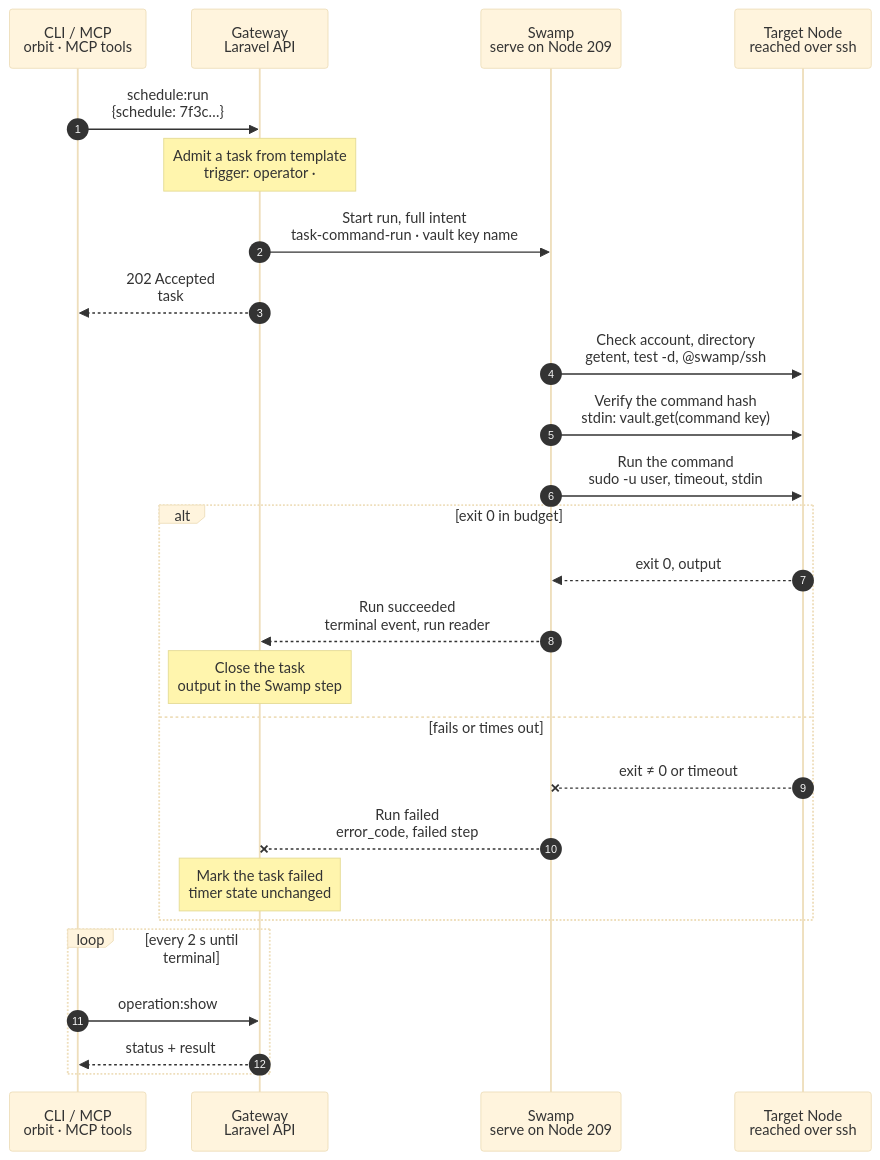
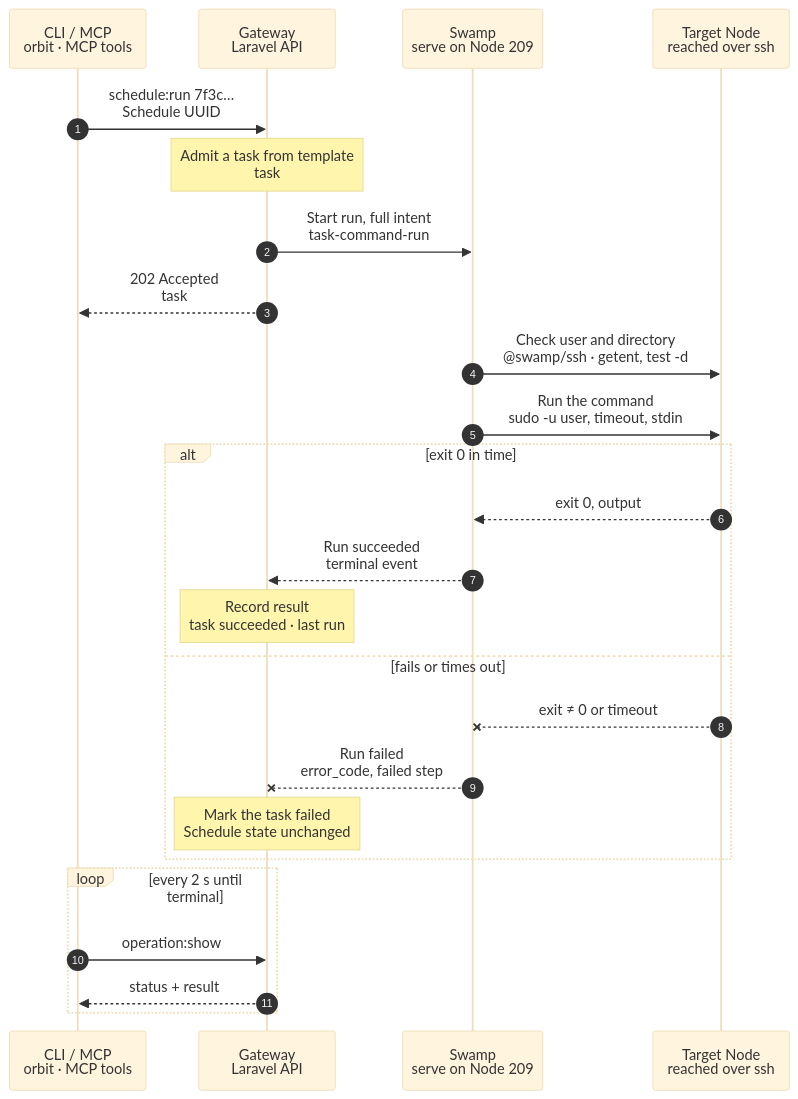
One commit to hardimpactdev/orbit changed the diagram in docs/flows/schedule.run.mmd. Above: the diagram before and after it, drawn with Mermaid (base theme). The commit also changed 3 other files, not shown here.

First line of the commit message:
docs(flows): Schedule charts in the agreed format (#2434)

```diff
--- a/docs/flows/schedule.run.mmd
+++ b/docs/flows/schedule.run.mmd
@@ -1,32 +1,92 @@
 sequenceDiagram
-  %% Target design from ADR 0244: native Swamp schedules, nothing installed on the Node; DECISIONS R1-R3.
+  %% Target design: ADR 0244 one task system, native Swamp schedules; DECISIONS Schedules (Nick 2026-11-02), R2-R4.
   %% status: draft
+  %% command: schedule:run
   autonumber
   %% lane CLI icon=terminal pill=caller tone=gray
   %% lane GW icon=gateway pill=intent tone=blue
   %% lane SW icon=workflow pill=executes tone=green
   %% lane N icon=server pill=target tone=amber
   participant CLI as CLI / MCP<br/>orbit · MCP tools
   participant GW as Gateway<br/>Laravel API
   participant SW as Swamp<br/>serve on Node 209
   participant N as Target Node<br/>reached over ssh
-  CLI->>GW: schedule:run<br/>{schedule: 7f3c…}
-  Note over GW: Admit a task from template<br/>trigger: operator · #5130
-  GW->>SW: Start run, full intent<br/>task-command-run · vault key name
-  GW-->>CLI: 202 Accepted<br/>task #5130
-  SW->>N: Check account, directory<br/>getent, test -d, @swamp/ssh
-  SW->>N: Verify the command hash<br/>stdin: vault.get(command key)
+  CLI->>GW: schedule:run 7f3c…<br/>Schedule UUID
+  %%> Command:
+  %%> - `orbit schedule:run 7f3c9a2e-41d0-4b8a-9c11-2f6e0d5b7a10`
+  %%> - syntax: `<uuid> [--idempotency-key=KEY] [--json]`
+  %%> Input:
+  %%> - the UUID of the Schedule, as `schedule:list` shows it
+  %%> Not changed:
+  %%> - the Schedule's timing; the next calendar fire stays as it was
+  %%> - an enabled Schedule stays enabled, and a disabled one stays disabled
+  Note over GW: Admit a task from template<br/>task #5140 · trigger: operator
+  %%> Requirements:
+  %%> - your Node has an access grant to Node 12, which runs Instance 42
+  %%> - Schedule 7f3c… is active, enabled or disabled
+  %%> - Instance 42 is still on Node 12
+  %%> Result:
+  %%> - task #5140 recorded from the Schedule's template, with trigger `operator`
+  %%> - the same intent a calendar fire gets: user, working directory, shell, timeout and command
+  GW->>SW: Start run, full intent<br/>task-command-run
+  %%> What it does:
+  %%> - starts one root run on serve (Node 209), the same workflow a calendar fire starts
+  %%> Inputs:
+  %%> - Node 12's address and SSH host keys; the SSH identity comes from the `swamp` role
+  %%> - the user, the working directory, the shell and the timeout
+  %%> - the command's vault key name, never the command (R3)
+  GW-->>CLI: 202 Accepted<br/>task #5140
+  %%> What you get:
+  %%> - the task number, at once
+  %%> Next:
+  %%> - the CLI follows the task with `operation:show`
+  SW->>N: Check user and directory<br/>@swamp/ssh · getent, test -d
+  %%> What it does:
+  %%> - checks that the Schedule's user exists on Node 12
+  %%> - checks that the working directory exists, for example the Instance's application directory
+  %%> Why:
+  %%> - the command fails early with a clear error instead of half-running
   SW->>N: Run the command<br/>sudo -u user, timeout, stdin
-  alt exit 0 in budget
+  %%> How:
+  %%> - reads the command with `vault.get` and checks its hash against the recorded one
+  %%> - sends it to Node 12 on stdin, never in argv
+  %%> Runs as:
+  %%> - the Schedule's user, in its working directory, with its shell
+  %%> - production Instances resolve `current` at start, so a new release changes later runs
+  %%> Timeout:
+  %%> - the Schedule's timeout is the run's time budget
+  alt exit 0 in time
     N-->>SW: exit 0, output
-    SW-->>GW: Run succeeded<br/>terminal event, run reader
-    Note over GW: Close the task<br/>output in the Swamp step
+    %%> Returns:
+    %%> - the exit code; the output stays in the Swamp step
+    SW-->>GW: Run succeeded<br/>terminal event
+    %%> How the Gateway learns it:
+    %%> - its shared run reader sees the terminal event; Swamp never calls the Gateway
+    Note over GW: Record result<br/>task succeeded · last run
+    %%> Result:
+    %%> - task #5140 succeeds
+    %%> - `last_run_at` and `last_run_status` of Schedule 7f3c… are set
   else fails or times out
     N--xSW: exit ≠ 0 or timeout
+    %%> When:
+    %%> - the user or directory is missing, SSH fails, the command exits non-zero, or it runs past its timeout
     SW--xGW: Run failed<br/>error_code, failed step
-    Note over GW: Mark the task failed<br/>timer state unchanged
+    %%> The Gateway reads:
+    %%> - which step failed and its error code
+    Note over GW: Mark the task failed<br/>Schedule state unchanged
+    %%> Result:
+    %%> - task #5140 fails; the Schedule's last run is marked as an error
+    %%> - the Schedule itself and its trigger stay as they were
+    %%> On the Node:
+    %%> - whatever the command changed before it failed stays; Orbit does not roll it back
+    %%> Retry:
+    %%> - run `schedule:run` again after fixing the cause; it is a new task
   end
   loop every 2 s until terminal
-    CLI->>GW: operation:show #5130
+    CLI->>GW: operation:show #5140
+    %%> What it does:
+    %%> - asks for the task's status every 2 seconds until it has ended
     GW-->>CLI: status + result
+    %%> Returns:
+    %%> - the current status, and the result once the task has ended
   end
```
